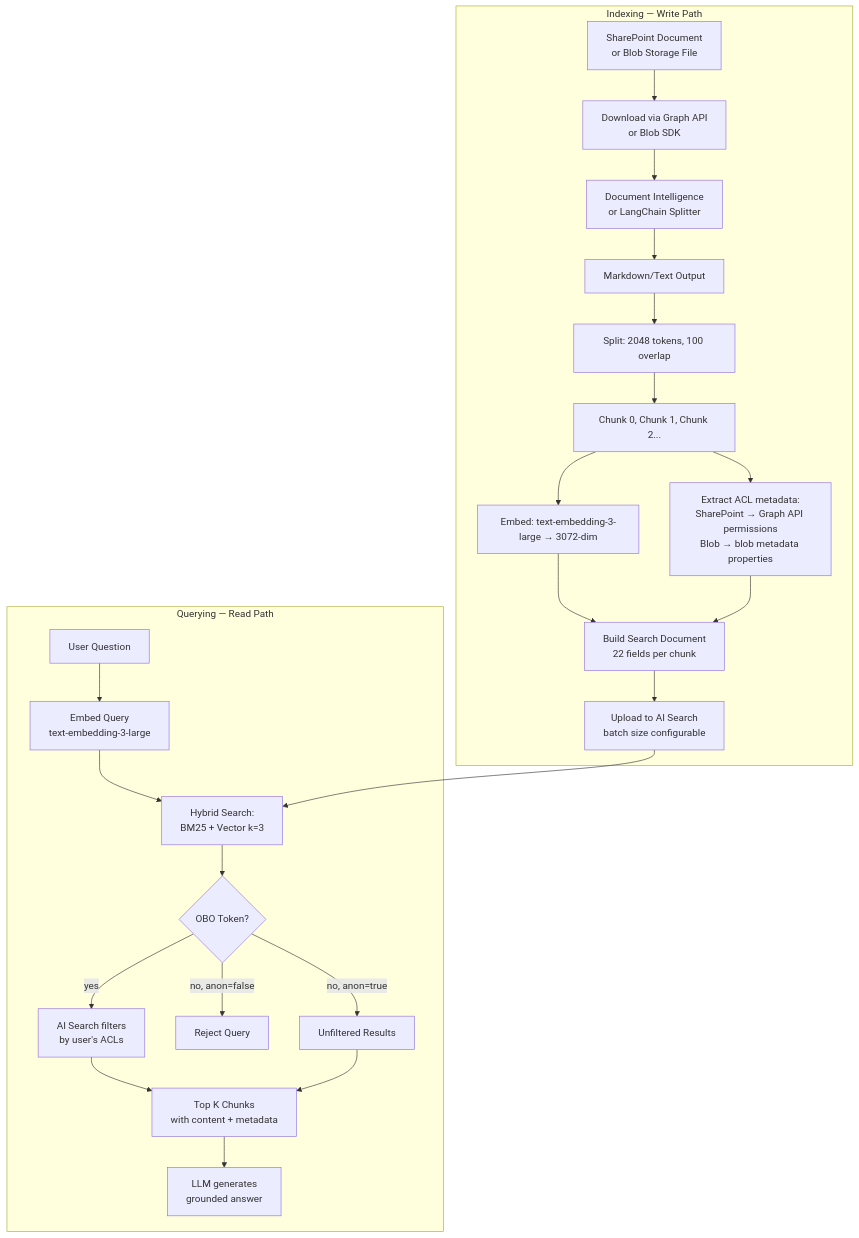
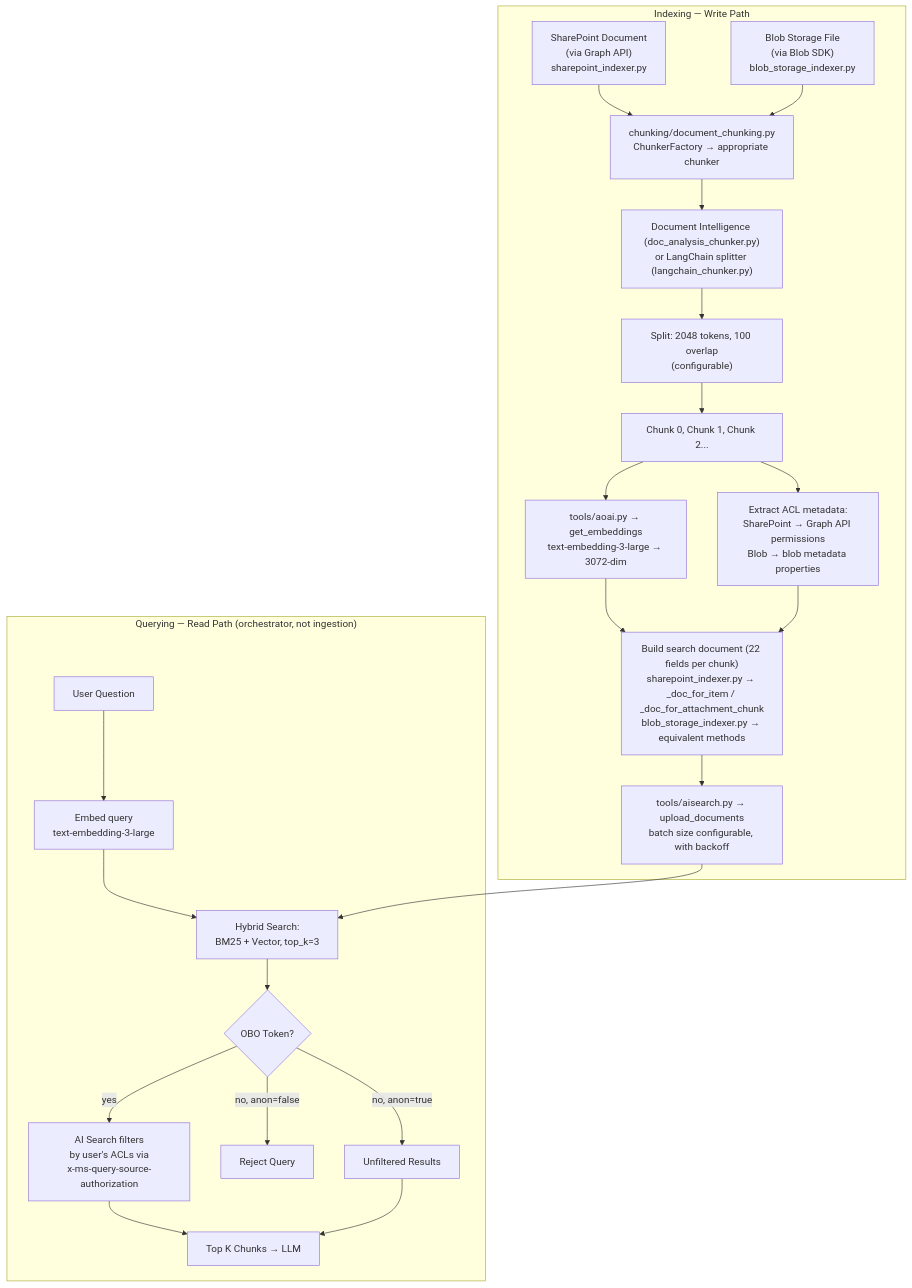
One commit to nicarzv/RAG changed the tenth of 11 diagrams in detailed ingestion process.md. Above: the diagram before and after it, drawn with Mermaid. The commit also changed other lines of this file, not shown here.

Commit message:
Updated detailed ingestion process

````diff
--- a/detailed ingestion process.md
+++ b/detailed ingestion process.md
@@ -773,29 +806,30 @@
 ```mermaid
 flowchart TD
     subgraph WRITE["Indexing — Write Path"]
-        A[SharePoint Document<br/>or Blob Storage File] --> B[Download via Graph API<br/>or Blob SDK]
-        B --> C[Document Intelligence<br/>or LangChain Splitter]
-        C --> D[Markdown/Text Output]
-        D --> E["Split: 2048 tokens, 100 overlap"]
-        E --> F[Chunk 0, Chunk 1, Chunk 2...]
-        F --> G["Embed: text-embedding-3-large → 3072-dim"]
-        F --> H[Extract ACL metadata:<br/>SharePoint → Graph API permissions<br/>Blob → blob metadata properties]
-        G --> I[Build Search Document<br/>22 fields per chunk]
+        A["SharePoint Document<br/>(via Graph API)<br/>sharepoint_indexer.py"] --> C
+        B["Blob Storage File<br/>(via Blob SDK)<br/>blob_storage_indexer.py"] --> C
+
+        C["chunking/document_chunking.py<br/>ChunkerFactory → appropriate chunker"]
+        C --> D["Document Intelligence (doc_analysis_chunker.py)<br/>or LangChain splitter (langchain_chunker.py)"]
+        D --> E["Split: 2048 tokens, 100 overlap<br/>(configurable)"]
+        E --> F["Chunk 0, Chunk 1, Chunk 2..."]
+        F --> G["tools/aoai.py → get_embeddings<br/>text-embedding-3-large → 3072-dim"]
+        F --> H["Extract ACL metadata:<br/>SharePoint → Graph API permissions<br/>Blob → blob metadata properties"]
+        G --> I["Build search document (22 fields per chunk)<br/>sharepoint_indexer.py → _doc_for_item / _doc_for_attachment_chunk<br/>blob_storage_indexer.py → equivalent methods"]
         H --> I
-        I --> J["Upload to AI Search<br/>batch size configurable"]
+        I --> J["tools/aisearch.py → upload_documents<br/>batch size configurable, with backoff"]
     end
 
-    subgraph READ["Querying — Read Path"]
-        K[User Question] --> L[Embed Query<br/>text-embedding-3-large]
-        L --> M["Hybrid Search:<br/>BM25 + Vector k=3"]
+    subgraph READ["Querying — Read Path (orchestrator, not ingestion)"]
+        K["User Question"] --> L["Embed query<br/>text-embedding-3-large"]
+        L --> M["Hybrid Search:<br/>BM25 + Vector, top_k=3"]
         M --> N{OBO Token?}
-        N -->|yes| O[AI Search filters<br/>by user's ACLs]
-        N -->|no, anon=false| P[Reject Query]
-        N -->|no, anon=true| Q[Unfiltered Results]
-        O --> R[Top K Chunks<br/>with content + metadata]
+        N -->|yes| O["AI Search filters<br/>by user's ACLs via<br/>x-ms-query-source-authorization"]
+        N -->|no, anon=false| P["Reject Query"]
+        N -->|no, anon=true| Q["Unfiltered Results"]
+        O --> R["Top K Chunks → LLM"]
         Q --> R
-        R --> S[LLM generates<br/>grounded answer]
     end
 
     J --> M
 ```
````
